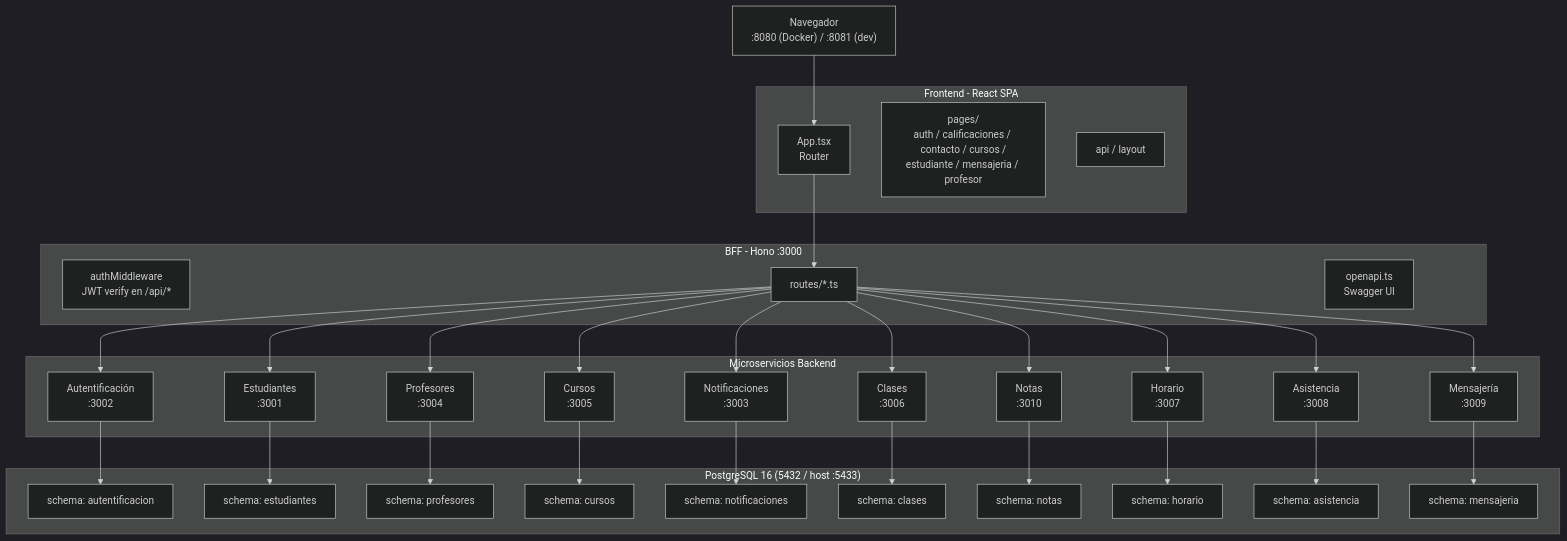
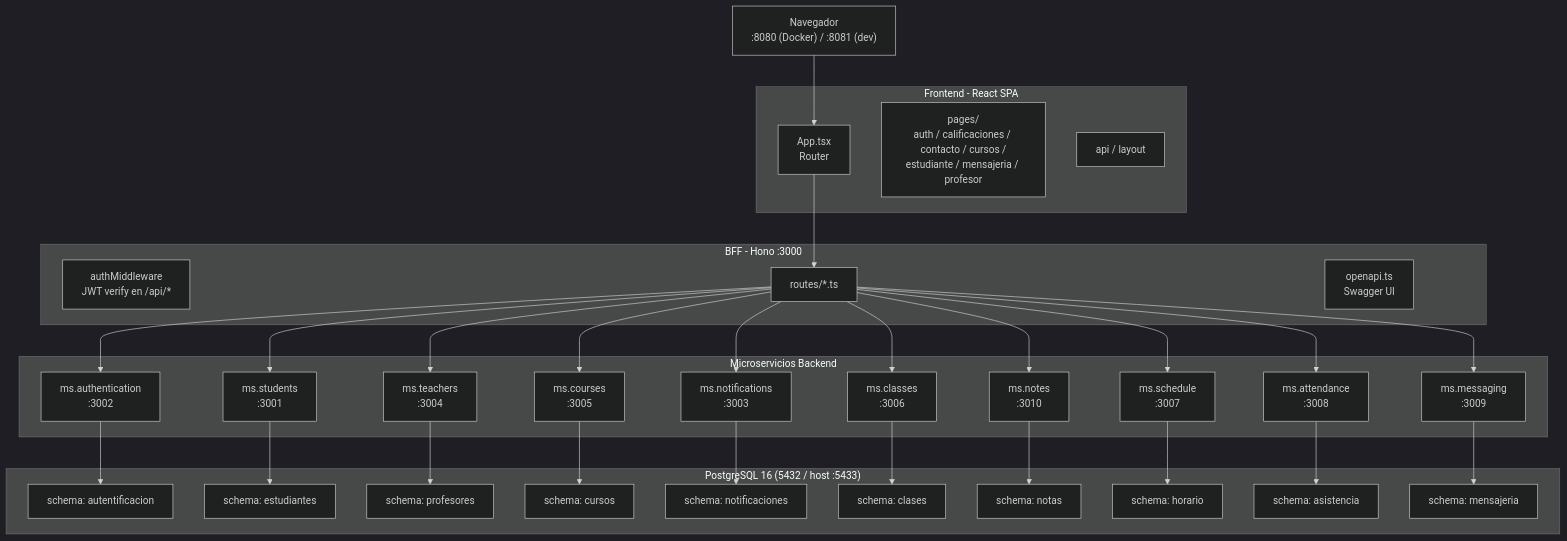
The diagram in README.md (M4zls/WEp), drawn with Mermaid (dark theme) before and after one commit. The commit also changed other lines of this file and 225 other files, not shown here.

````diff
--- a/README.md
+++ b/README.md
@@ -95,65 +95,65 @@
 ```mermaid
 flowchart TB
     Browser["Navegador<br/>:8080 (Docker) / :8081 (dev)"]
 
     subgraph Frontend["Frontend - React SPA"]
         ReactApp["App.tsx<br/>Router"]
         Pages["pages/<br/>auth / calificaciones / contacto / cursos /<br/>estudiante / mensajeria / profesor"]
         Shared["api / layout"]
     end
 
     subgraph BFF["BFF - Hono :3000"]
         AuthMW["authMiddleware<br/>JWT verify en /api/*"]
         BFFRoutes["routes/*.ts"]
         OpenAPI["openapi.ts<br/>Swagger UI"]
     end
 
     subgraph Microservices["Microservicios Backend"]
-        Auth["Autentificación<br/>:3002"]
-        Students["Estudiantes<br/>:3001"]
-        Teachers["Profesores<br/>:3004"]
-        Courses["Cursos<br/>:3005"]
-        Classes["Clases<br/>:3006"]
-        Notif["Notificaciones<br/>:3003"]
-        Notas["Notas<br/>:3010"]
-        Horario["Horario<br/>:3007"]
-        Asistencia["Asistencia<br/>:3008"]
-        Mensajeria["Mensajería<br/>:3009"]
+        Auth["ms.authentication<br/>:3002"]
+        Students["ms.students<br/>:3001"]
+        Teachers["ms.teachers<br/>:3004"]
+        Courses["ms.courses<br/>:3005"]
+        Classes["ms.classes<br/>:3006"]
+        Notif["ms.notifications<br/>:3003"]
+        Notas["ms.notes<br/>:3010"]
+        Horario["ms.schedule<br/>:3007"]
+        Asistencia["ms.attendance<br/>:3008"]
+        Mensajeria["ms.messaging<br/>:3009"]
     end
 
     subgraph DB["PostgreSQL 16 (5432 / host :5433)"]
         S1["schema: autentificacion"]
         S2["schema: estudiantes"]
         S3["schema: profesores"]
         S4["schema: cursos"]
         S5["schema: notificaciones"]
         S6["schema: clases"]
         S7["schema: notas"]
         S8["schema: horario"]
         S9["schema: asistencia"]
         S10["schema: mensajeria"]
     end
 
     Browser --> ReactApp
     ReactApp --> BFFRoutes
     BFFRoutes --> Auth
     BFFRoutes --> Students
     BFFRoutes --> Teachers
     BFFRoutes --> Courses
     BFFRoutes --> Notif
     BFFRoutes --> Classes
     BFFRoutes --> Notas
     BFFRoutes --> Horario
     BFFRoutes --> Asistencia
     BFFRoutes --> Mensajeria
     Auth --> S1
     Students --> S2
     Teachers --> S3
     Courses --> S4
     Notif --> S5
     Classes --> S6
     Notas --> S7
     Horario --> S8
     Asistencia --> S9
     Mensajeria --> S10
 ```
````
